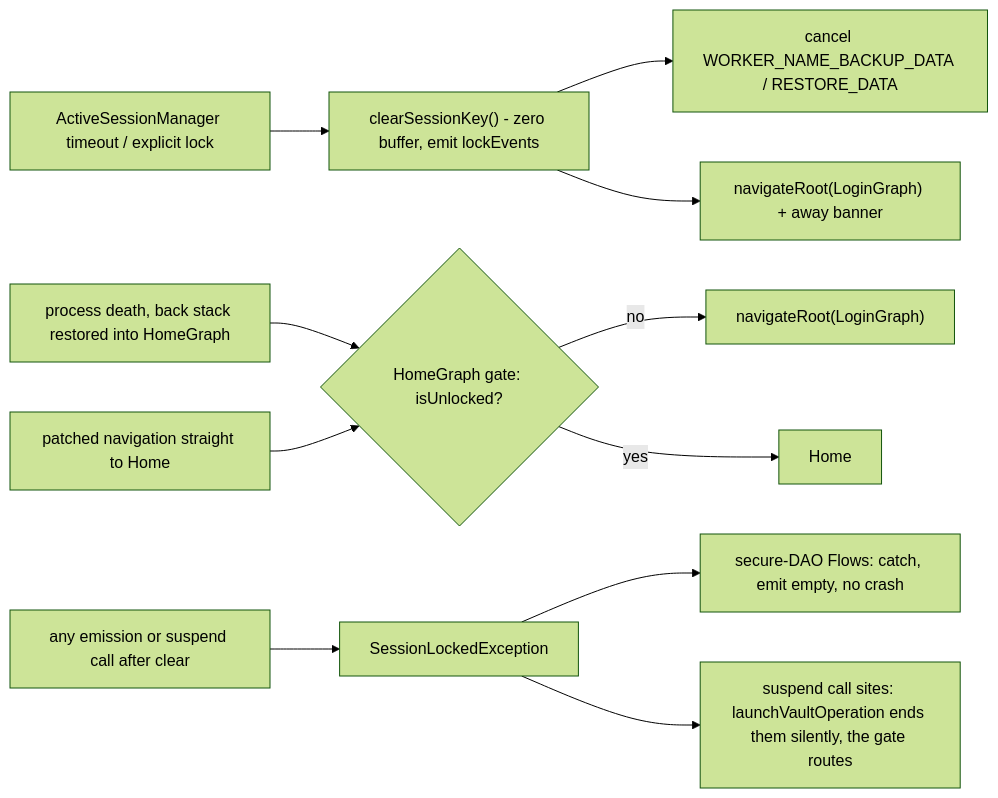
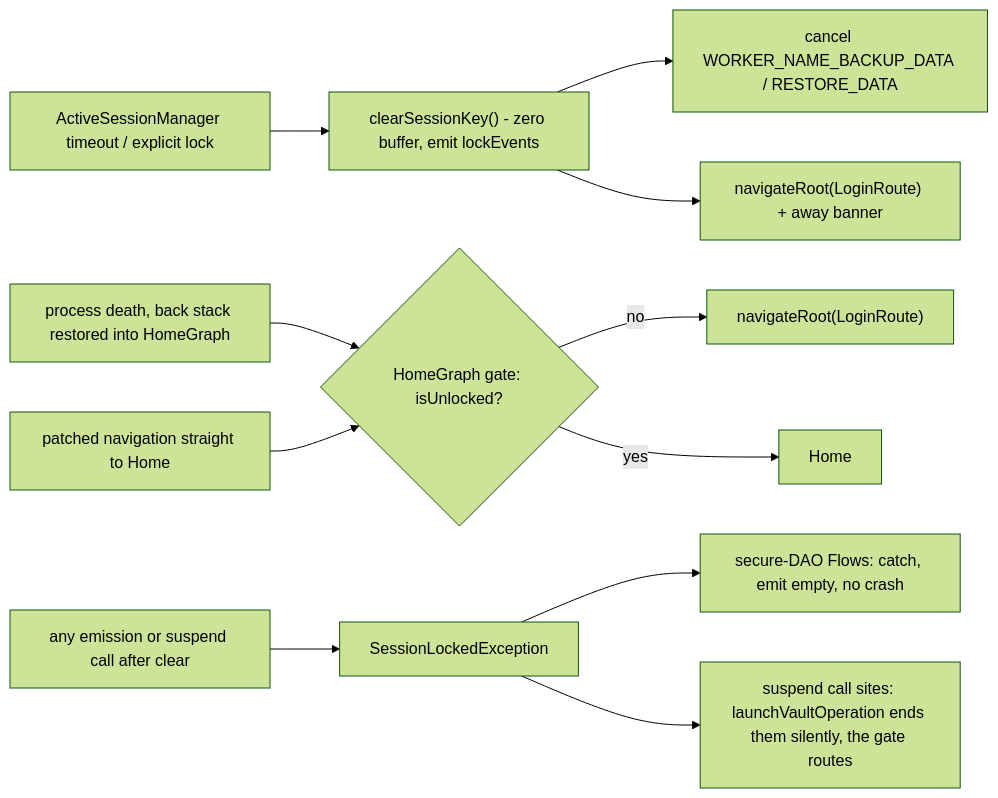
Diagram 14 of 23 in docs/design/envelope-encryption.md (Ni3verma/Safe-Box), drawn with Mermaid (forest theme) before and after one commit. The commit also changed other lines of this file and 1 other file, not shown here.

First line of the commit message:
fix(nav): the Home lock gate navigates straight to LoginRoute, not through LoadingRoute

````diff
--- a/docs/design/envelope-encryption.md
+++ b/docs/design/envelope-encryption.md
@@ -822,13 +822,13 @@
 ```mermaid
 flowchart LR
     T["ActiveSessionManager timeout / explicit lock"] --> C["clearSessionKey() - zero buffer, emit lockEvents"]
     C --> W["cancel WORKER_NAME_BACKUP_DATA / RESTORE_DATA"]
-    C --> N["navigateRoot(LoginGraph) + away banner"]
+    C --> N["navigateRoot(LoginRoute) + away banner"]
     PD["process death, back stack restored into HomeGraph"] --> G{"HomeGraph gate: isUnlocked?"}
     BY["patched navigation straight to Home"] --> G
-    G -->|"no"| N2["navigateRoot(LoginGraph)"]
+    G -->|"no"| N2["navigateRoot(LoginRoute)"]
     G -->|"yes"| HOME["Home"]
     F["any emission or suspend call after clear"] --> X["SessionLockedException"]
     X --> FC["secure-DAO Flows: catch, emit empty, no crash"]
     X --> SC["suspend call sites: launchVaultOperation ends them silently, the gate routes"]
 ```
````
